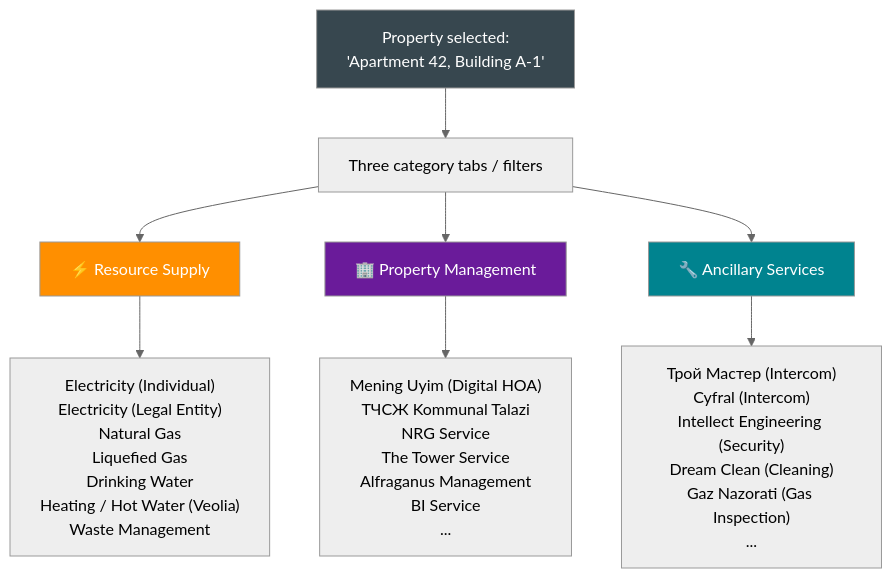
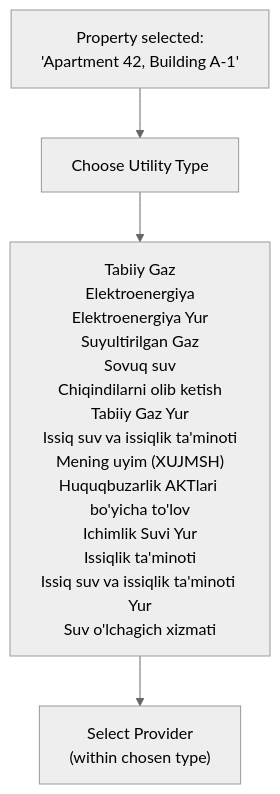
The third of 14 diagrams in utilities-payment-userflow.md (saodatm-dev/Utilities---Informational-Architecture), drawn with Mermaid (neutral theme) before and after one commit. The commit also changed other lines of this file and 12 other files, not shown here.

Commit message:
docs: Remove outdated informational architecture documents, update payment userflow, and add new images.

````diff
--- a/utilities-payment-userflow.md
+++ b/utilities-payment-userflow.md
@@ -112,19 +107,9 @@
 ```mermaid
 flowchart TD
-    PROP["Property selected:<br/>'Apartment 42, Building A-1'"] --> FILTER["Three category tabs / filters"]
+    PROP["Property selected:<br/>'Apartment 42, Building A-1'"] --> UTIL_TYPE["Choose Utility Type"]
 
-    FILTER --> RS["⚡ Resource Supply"]
-    FILTER --> PM["🏢 Property Management"]
-    FILTER --> AS["🔧 Ancillary Services"]
+    UTIL_TYPE --> UT_LIST["Tabiiy Gaz<br/>Elektroenergiya<br/>Elektroenergiya Yur<br/>Suyultirilgan Gaz<br/>Sovuq suv<br/>Chiqindilarni olib ketish<br/>Tabiiy Gaz Yur<br/>Issiq suv va issiqlik ta'minoti<br/>Mening uyim (XUJMSH)<br/>Huquqbuzarlik AKTlari bo'yicha to'lov<br/>Ichimlik Suvi Yur<br/>Issiqlik ta'minoti<br/>Issiq suv va issiqlik ta'minoti Yur<br/>Suv o'lchagich xizmati"]
 
-    RS --> RS_LIST["Electricity (Individual)<br/>Electricity (Legal Entity)<br/>Natural Gas<br/>Liquefied Gas<br/>Drinking Water<br/>Heating / Hot Water (Veolia)<br/>Waste Management"]
+    UT_LIST --> PROVIDER["Select Provider<br/>(within chosen type)"]
 
-    PM --> PM_LIST["Mening Uyim (Digital HOA)<br/>ТЧСЖ Kommunal Talazi<br/>NRG Service<br/>The Tower Service<br/>Alfraganus Management<br/>BI Service<br/>..."]
-
-    AS --> AS_LIST["Трой Мастер (Intercom)<br/>Cyfral (Intercom)<br/>Intellect Engineering (Security)<br/>Dream Clean (Cleaning)<br/>Gaz Nazorati (Gas Inspection)<br/>..."]
-
-    style PROP fill:#37474F,color:#fff
-    style RS fill:#FF8F00,color:#fff
-    style PM fill:#6A1B9A,color:#fff
-    style AS fill:#00838F,color:#fff
 ```
````
